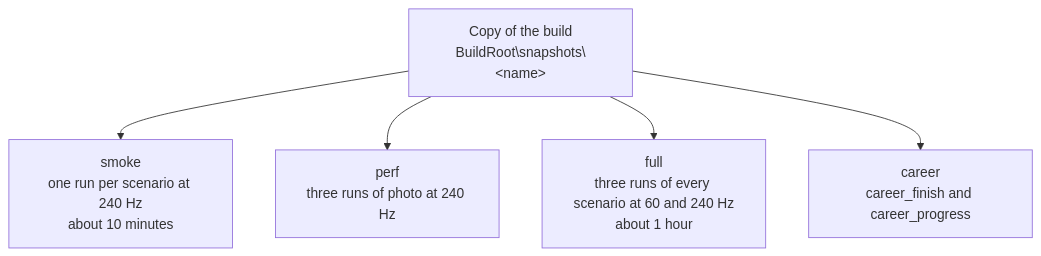
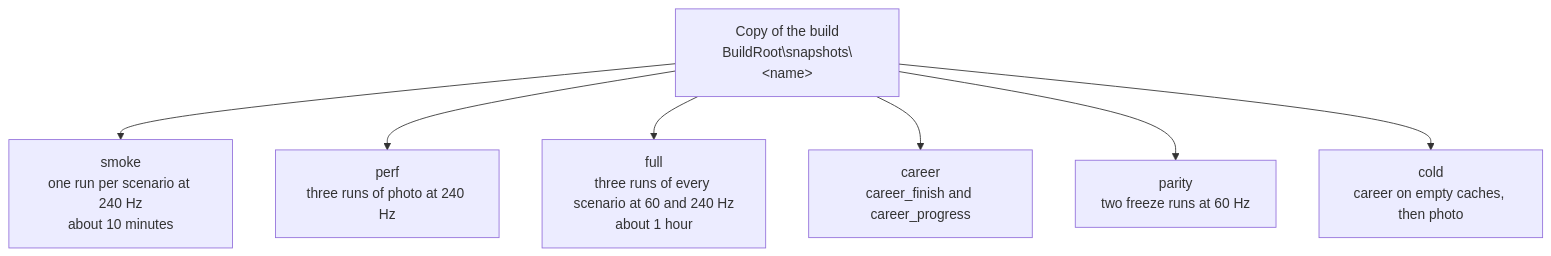
Before and after one commit to MotorsportDX/MotorsportDX: the diagram in docs/e2e/README.md, drawn with Mermaid. The commit also changed other lines of this file and 6 other files, not shown here.

````diff
--- a/docs/e2e/README.md
+++ b/docs/e2e/README.md
@@ -281,11 +281,15 @@
 ```mermaid
 flowchart TD
     snap["Copy of the build<br/>BuildRoot\snapshots\#lt;name#gt;"] --> smoke
     snap --> perf
     snap --> full
     snap --> career
+    snap --> parity
+    snap --> cold
     smoke["smoke<br/>one run per scenario at 240 Hz<br/>about 10 minutes"]
     perf["perf<br/>three runs of photo at 240 Hz"]
     full["full<br/>three runs of every scenario at 60 and 240 Hz<br/>about 1 hour"]
     career["career<br/>career_finish and career_progress"]
+    parity["parity<br/>two freeze runs at 60 Hz"]
+    cold["cold<br/>career on empty caches, then photo"]
 ```
````
